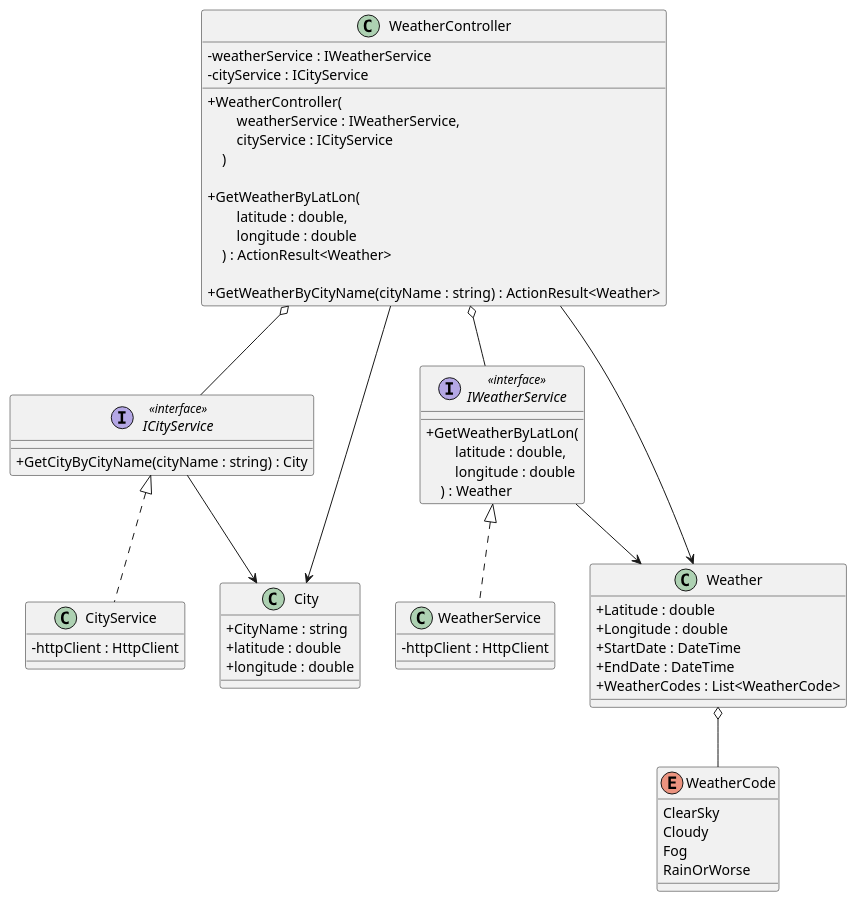
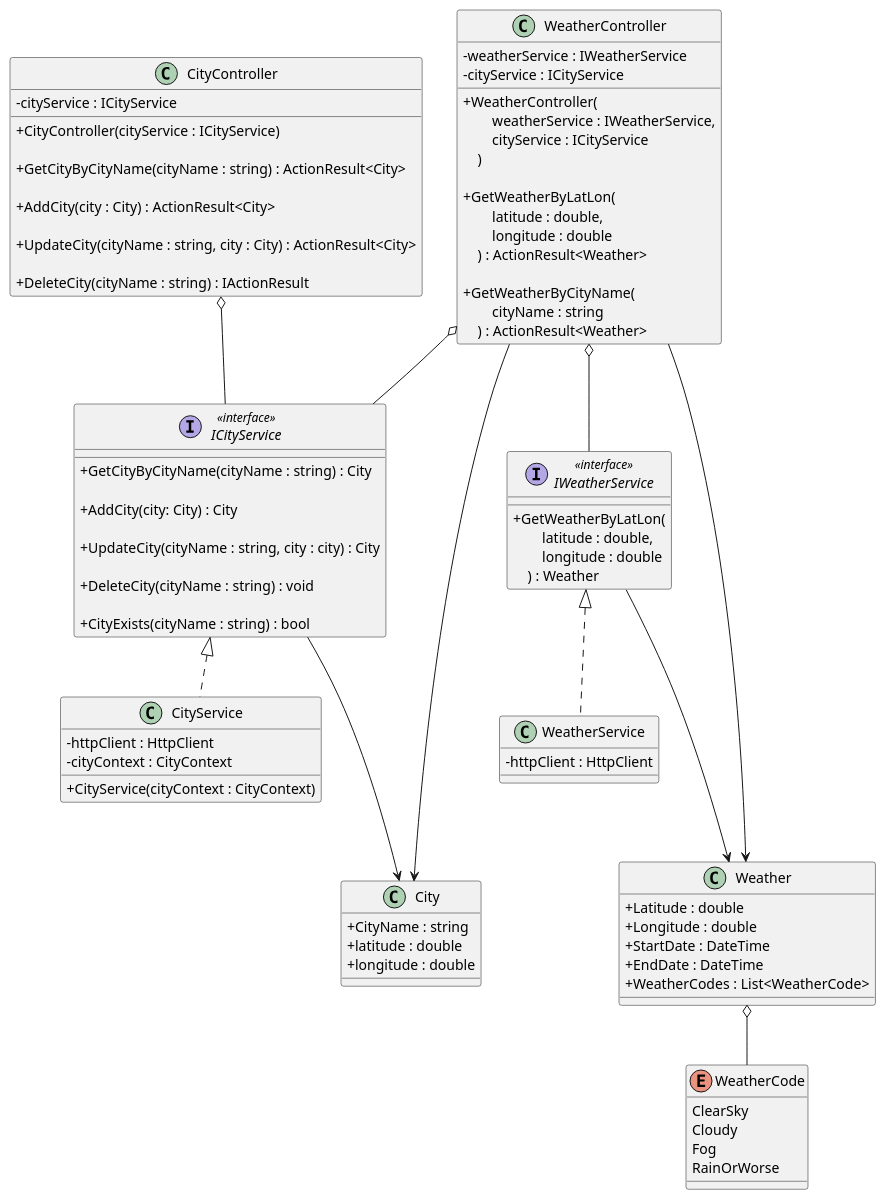
Before and after one commit to vkammili5/weather-api: the diagram in diagrams/UML/WeatherAPI.puml, drawn with PlantUML. The commit also changed 1 other file, not shown here.

Commit message:
UML: add CityController and modify ICityService with methods for GET POST PUT DELETE actions

```diff
--- a/diagrams/UML/WeatherAPI.puml
+++ b/diagrams/UML/WeatherAPI.puml
@@ -1,75 +1,104 @@
 @startuml "WeatherAPI"
 skinparam ClassAttributeIconSize 0
 
+class CityController {
+    - cityService : ICityService
+
+    + CityController(cityService : ICityService)
+
+    + GetCityByCityName(cityName : string) : ActionResult<City>
+
+    + AddCity(city : City) : ActionResult<City>
+
+    + UpdateCity(cityName : string, city : City) : ActionResult<City>
+
+    + DeleteCity(cityName : string) : IActionResult
+}
+
 interface ICityService <<interface>> {
     + GetCityByCityName(cityName : string) : City
+
+    + AddCity(city: City) : City
+
+    + UpdateCity(cityName : string, city : city) : City
+
+    + DeleteCity(cityName : string) : void
+
+    + CityExists(cityName : string) : bool
 }
 
 class CityService {
     - httpClient : HttpClient
+    - cityContext : CityContext
+
+    + CityService(cityContext : CityContext)
 }
 
 class City {
     + CityName : string
     + latitude : double
     + longitude : double
 }
 
 class WeatherController {
     - weatherService : IWeatherService
     - cityService : ICityService
 
     + WeatherController(\n\
         weatherService : IWeatherService,\n\
         cityService : ICityService\n\
     )
 
     + GetWeatherByLatLon(\n\
         latitude : double, \n\
         longitude : double\n\
     ) : ActionResult<Weather>
 
-    + GetWeatherByCityName(cityName : string) : ActionResult<Weather>
+    + GetWeatherByCityName(\n\
+        cityName : string\n\
+    ) : ActionResult<Weather>
 }
 
 interface IWeatherService <<interface>> {
     + GetWeatherByLatLon(\n\
         latitude : double, \n\
         longitude : double\n\
     ) : Weather
 }
 
 class WeatherService {
     - httpClient : HttpClient
 }
 
 class Weather {
     + Latitude : double
     + Longitude : double
     + StartDate : DateTime
     + EndDate : DateTime
     + WeatherCodes : List<WeatherCode>
 }
 
 Enum WeatherCode {
     ClearSky
     Cloudy
     Fog
     RainOrWorse
 }
 
+CityController o-- ICityService
+
 ICityService <|.. CityService
-ICityService --> City
-WeatherController --> City
+ICityService ---> City
+WeatherController ----> City
 
 WeatherController o-- IWeatherService
 WeatherController o-- ICityService
 
 IWeatherService <|.. WeatherService
 
-WeatherController --> Weather
-IWeatherService --> Weather
+WeatherController ----> Weather
+IWeatherService ---> Weather
 
 Weather o-- WeatherCode
 
 @enduml
```
